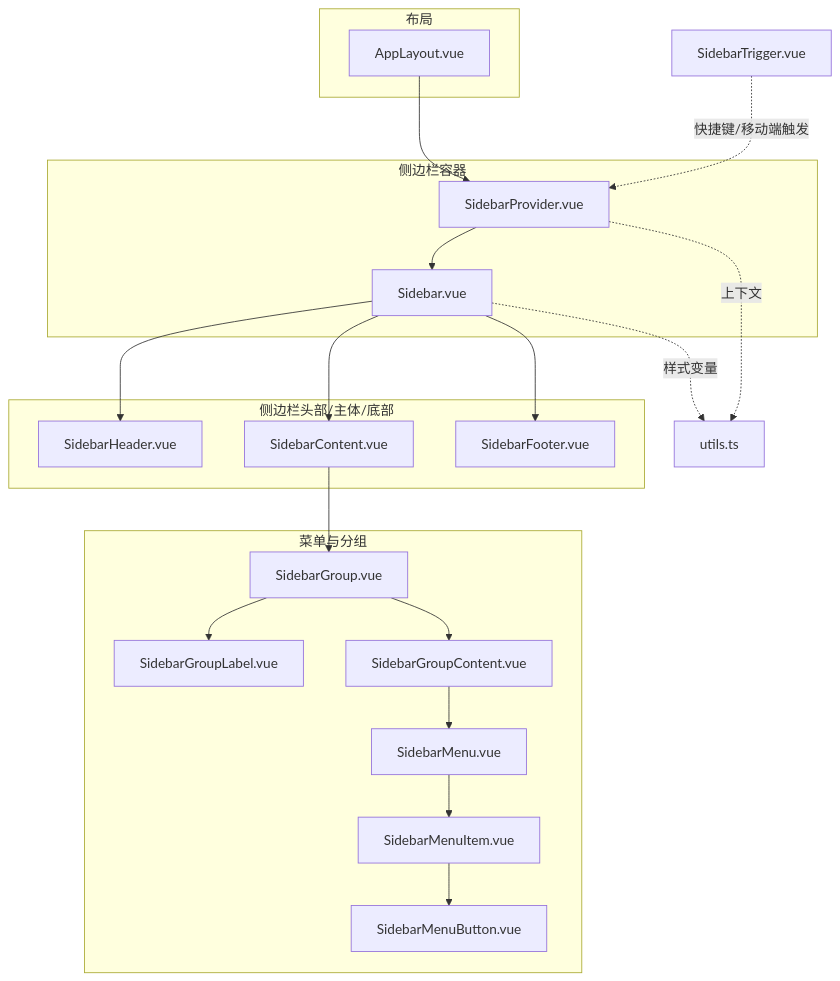
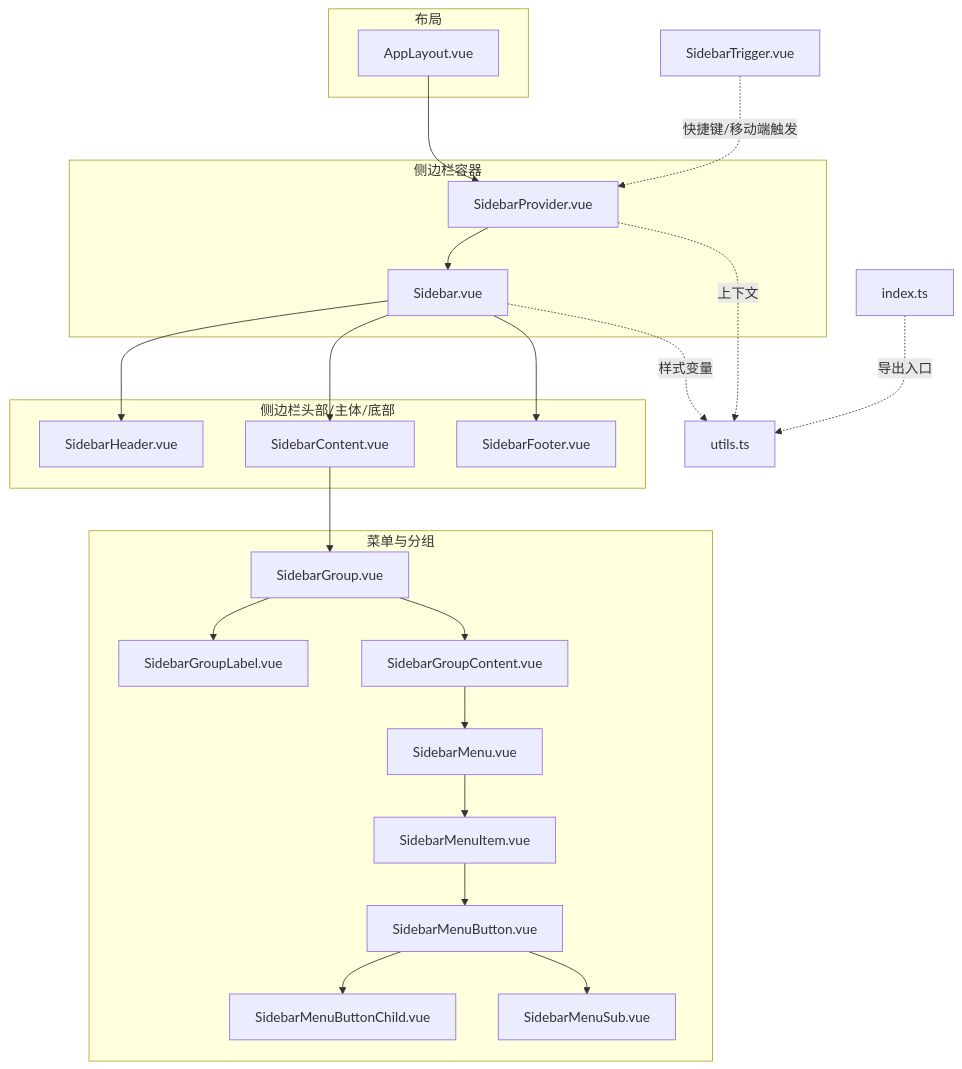
The first of 3 diagrams in .qoder/repowiki/zh/content/UI组件/侧边栏组件.md (hipig/autoOps), drawn with Mermaid before and after one commit. The commit also changed other lines of this file and 37 other files, not shown here.

````diff
--- a/.qoder/repowiki/zh/content/UI组件/侧边栏组件.md
+++ b/.qoder/repowiki/zh/content/UI组件/侧边栏组件.md
@@ -43,39 +45,45 @@
 ```mermaid
 graph TB
 subgraph "布局"
 AppLayout["AppLayout.vue"]
 end
 subgraph "侧边栏容器"
 Provider["SidebarProvider.vue"]
 Sidebar["Sidebar.vue"]
 end
 subgraph "侧边栏头部/主体/底部"
 Header["SidebarHeader.vue"]
 Content["SidebarContent.vue"]
 Footer["SidebarFooter.vue"]
 end
 subgraph "菜单与分组"
 Group["SidebarGroup.vue"]
 GroupLabel["SidebarGroupLabel.vue"]
 GroupContent["SidebarGroupContent.vue"]
 Menu["SidebarMenu.vue"]
 MenuItem["SidebarMenuItem.vue"]
 MenuButton["SidebarMenuButton.vue"]
+MenuButtonChild["SidebarMenuButtonChild.vue"]
+MenuSub["SidebarMenuSub.vue"]
 end
 Trigger["SidebarTrigger.vue"]
 Utils["utils.ts"]
+Index["index.ts"]
 AppLayout --> Provider
 Provider --> Sidebar
 Sidebar --> Header
 Sidebar --> Content
 Sidebar --> Footer
 Content --> Group
 Group --> GroupLabel
 Group --> GroupContent
 GroupContent --> Menu
 Menu --> MenuItem
 MenuItem --> MenuButton
+MenuButton --> MenuButtonChild
+MenuButton --> MenuSub
 Trigger -. 快捷键/移动端触发 .-> Provider
 Provider -. 上下文 .-> Utils
 Sidebar -. 样式变量 .-> Utils
+Index -. 导出入口 .-> Utils
 ```
````
